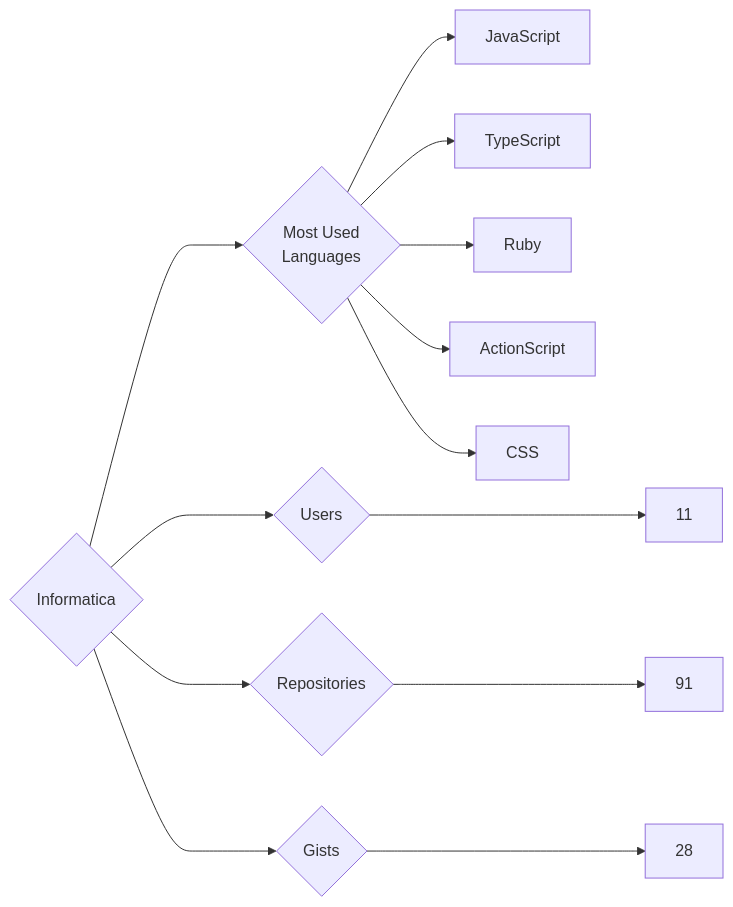
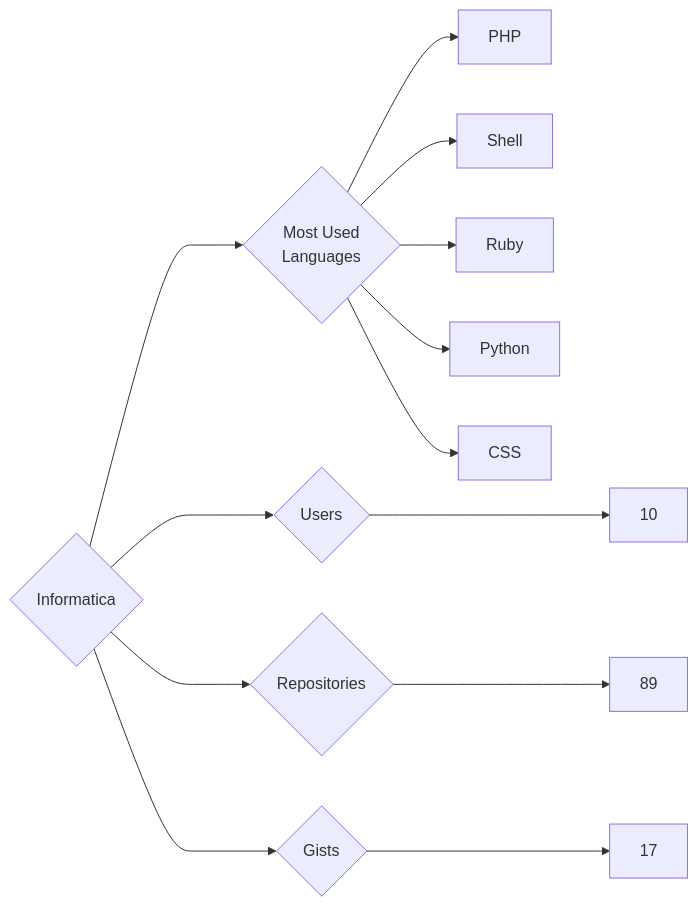
The diagram in targets/Informatica/README.md (trickest/insiders), drawn with Mermaid before and after one commit. The commit also changed 865 other files, not shown here.

````diff
--- a/targets/Informatica/README.md
+++ b/targets/Informatica/README.md
@@ -3,13 +3,13 @@
 ```mermaid
 graph LR
 COMPANY_NAME{Informatica}
-COMPANY_NAME ---> U{Users} ---> UN[11]
-COMPANY_NAME ---> R{Repositories} ---> RN[91]
-COMPANY_NAME ---> G{Gists} ---> GN[28]
+COMPANY_NAME ---> U{Users} ---> UN[10]
+COMPANY_NAME ---> R{Repositories} ---> RN[89]
+COMPANY_NAME ---> G{Gists} ---> GN[17]
 COMPANY_NAME ---> ML{Most Used<br>Languages}
-ML --> JavaScript[JavaScript]
-ML --> TypeScript[TypeScript]
+ML --> PHP[PHP]
+ML --> Shell[Shell]
 ML --> Ruby[Ruby]
-ML --> ActionScript[ActionScript]
+ML --> Python[Python]
 ML --> CSS[CSS]
 ```
````
